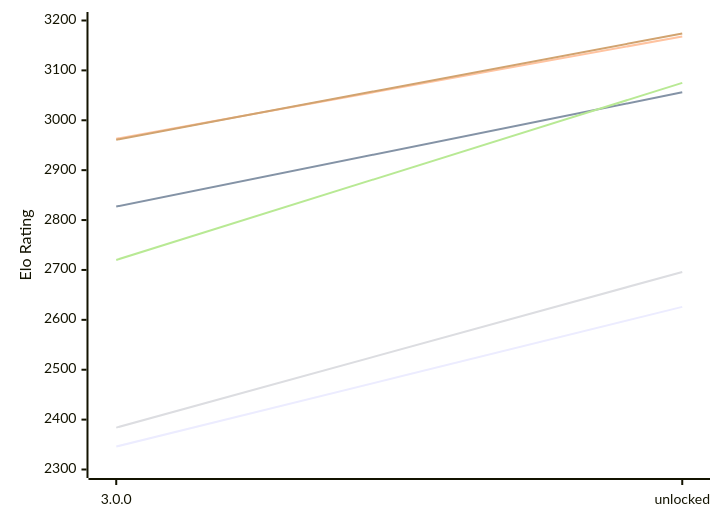
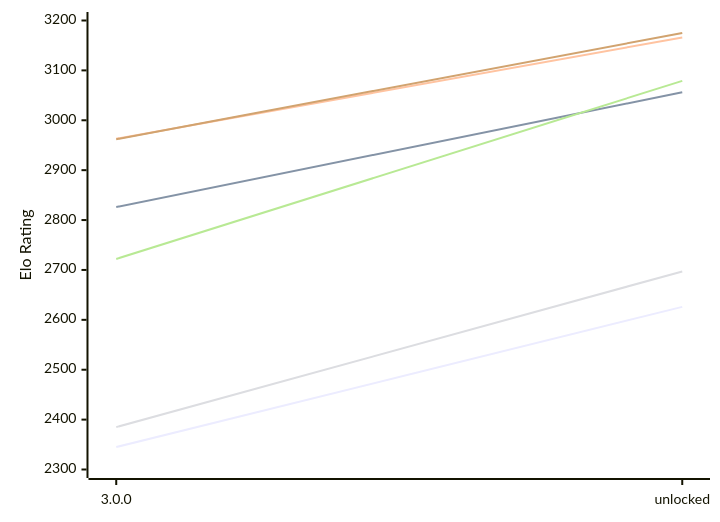
One commit to computer-chess-index/cci changed the first of 2 diagrams in engines/Potential.md. Above: the diagram before and after it, drawn with Mermaid. The commit also changed other lines of this file, not shown here.

Commit message:
Update CCI Ratings (ELO VLTC) - 2026-11-28

````diff
--- a/engines/Potential.md
+++ b/engines/Potential.md
@@ -51,12 +51,12 @@
 ```mermaid
 %%{init: {"theme":"base","themeVariables":{"seriesColors:['#a3a3a3','#222221','#faa371']}}}%%
 xychart-beta
   x-axis ["3.0.0", "unlocked"]
   y-axis "Elo Rating" 2300 --> 3200
-  line "E1: STC (8.0+0.08s)" [2346, 2626]
-  line "E1: LTC (60.0+0.60s)" [2827, 3056]
-  line "E1: VLTC (2m24s+1.12s)" [2963, 3168]
-  line "P1: STC (8.0+0.08s)" [2384, 2696]
-  line "P1: LTC (60.0+0.60s)" [2720, 3075]
-  line "P1: VLTC (2m24s+1.12s)" [2961, 3174]
+  line "E1: STC (8.0+0.08s)" [2345, 2626]
+  line "E1: LTC (60.0+0.60s)" [2826, 3056]
+  line "E1: VLTC (2m24s+1.12s)" [2963, 3166]
+  line "P1: STC (8.0+0.08s)" [2385, 2697]
+  line "P1: LTC (60.0+0.60s)" [2722, 3079]
+  line "P1: VLTC (2m24s+1.12s)" [2962, 3175]
 ```
````
